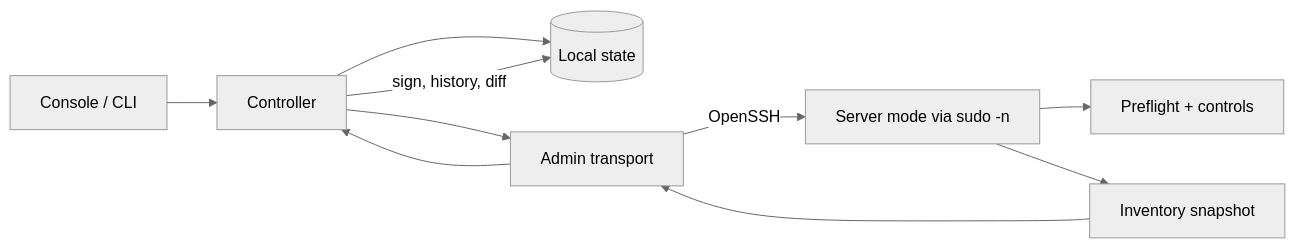
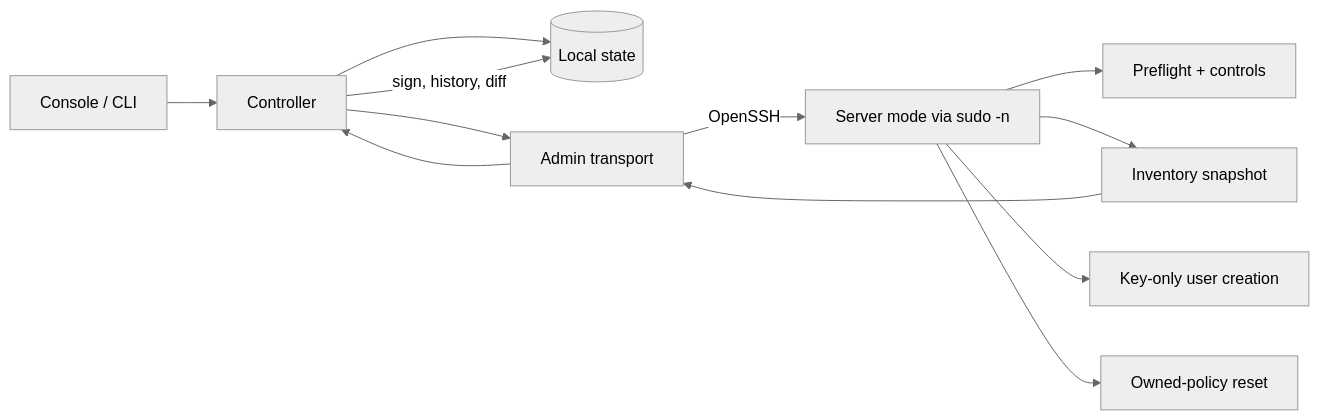
Before and after one commit to v1waa/bastionctl-vi: the first of 3 diagrams in docs/ARCHITECTURE.md, drawn with Mermaid (neutral theme). The commit also changed other lines of this file and 29 other files, not shown here.

Commit message:
Release bastionctl 1.2.0 with safe reset and SSH user management

````diff
--- a/docs/ARCHITECTURE.md
+++ b/docs/ARCHITECTURE.md
@@ -36,12 +37,14 @@
 ```mermaid
 flowchart LR
     UI[Console / CLI] --> C[Controller]
     C --> S[(Local state)]
     C --> A[Admin transport]
     A -->|OpenSSH| R[Server mode via sudo -n]
     R --> P[Preflight + controls]
     R --> I[Inventory snapshot]
+    R --> U[Key-only user creation]
+    R --> X[Owned-policy reset]
     I --> A
     A --> C
     C -->|sign, history, diff| S
 ```
````
